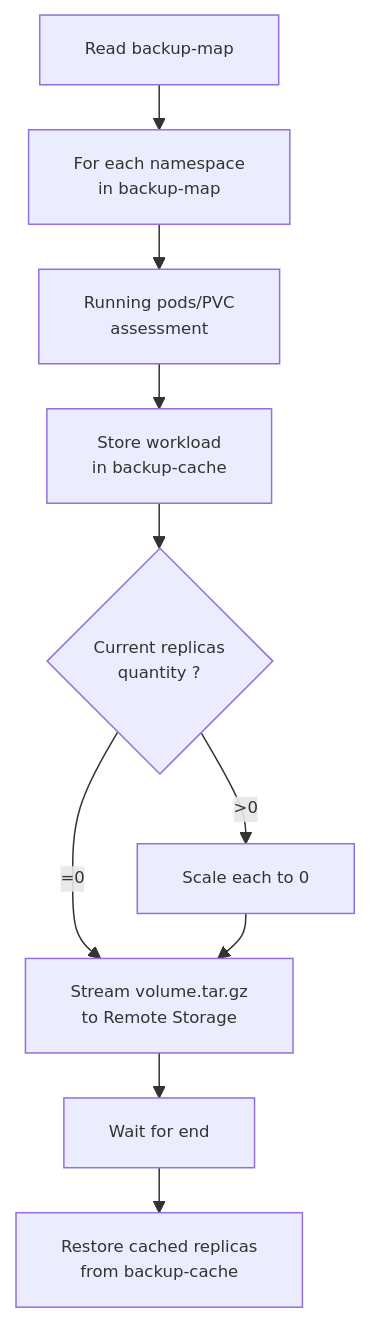
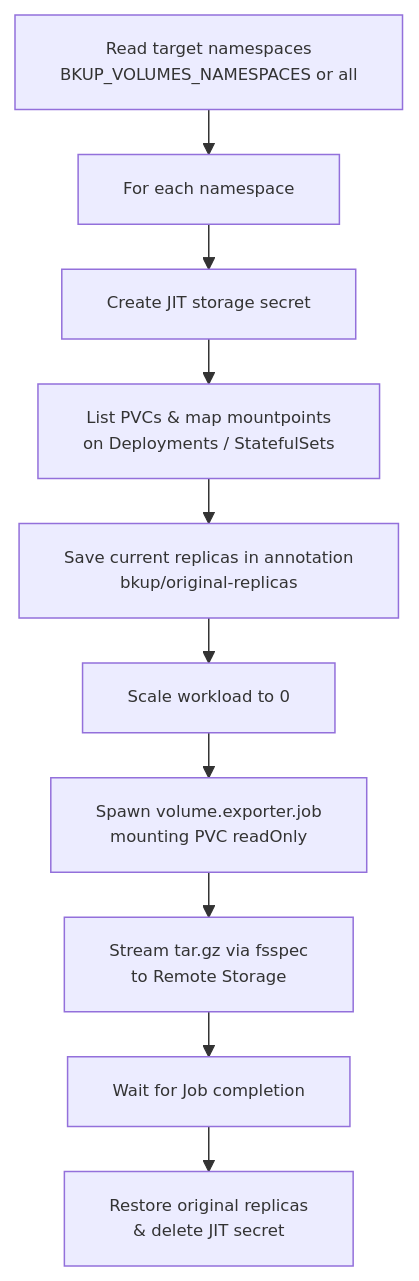
The second of 5 diagrams in README.md (Cosmo-Tech/bkup), drawn with Mermaid before and after one commit. The commit also changed other lines of this file and 28 other files, not shown here.

````diff
--- a/README.md
+++ b/README.md
@@ -54,14 +93,14 @@
 ```mermaid
 %%{init: { 'themeVariables': { 'fontSize': '11px' }, 'flowchart': { 'rankSpacing': 30 } } }%%
 flowchart TD
-    A[Read backup-map]
-    --> B[For each namespace <br> in backup-map]
-    --> C[Running pods/PVC <br> assessment]
-    --> D[Store workload <br> in backup-cache]
-    D --> E{Current replicas <br> quantity ?}
-    E -->|>0| F[Scale each to 0]
-    E -->|=0| G[Keep as it is]
-    F --> G[Stream volume.tar.gz <br> to Remote Storage]
-    G --> H[Wait for end]
-    H --> I[Restore cached replicas <br> from backup-cache]
+    A[Read target namespaces <br> BKUP_VOLUMES_NAMESPACES or all]
+    --> B[For each namespace]
+    --> C[Create JIT storage secret]
+    --> D[List PVCs & map mountpoints <br> on Deployments / StatefulSets]
+    --> E[Save current replicas in annotation <br> bkup/original-replicas]
+    --> F[Scale workload to 0]
+    --> G[Spawn volume.exporter.job <br> mounting PVC readOnly]
+    --> H[Stream tar.gz via fsspec <br> to Remote Storage]
+    --> I[Wait for Job completion]
+    --> J[Restore original replicas <br> & delete JIT secret]
 ```
````
